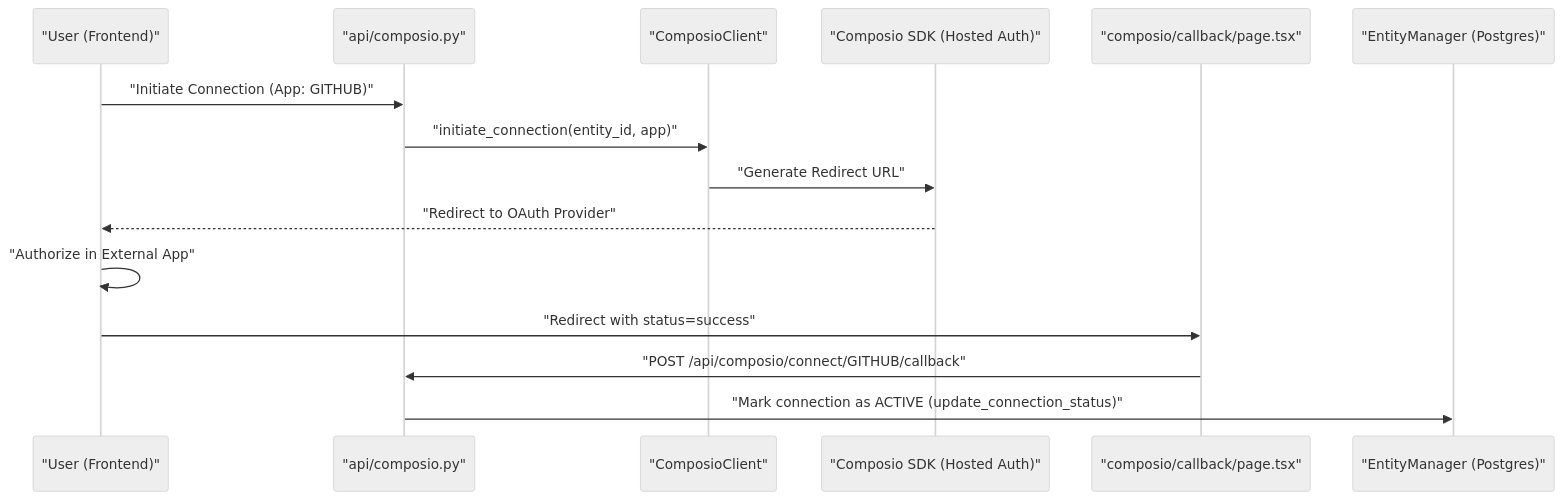
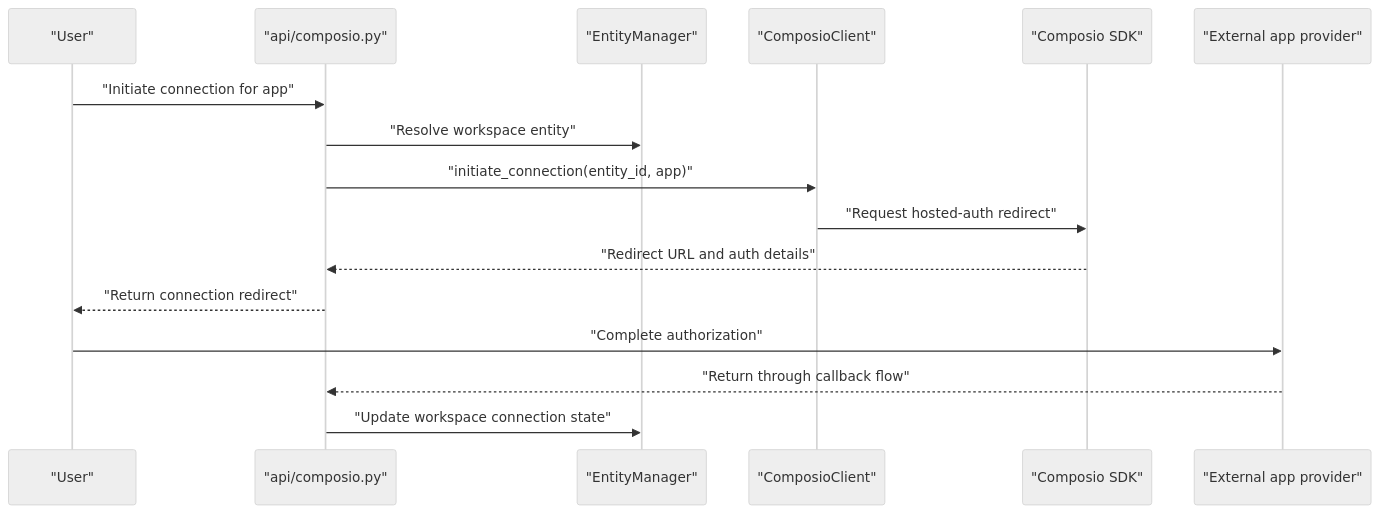
The second of 3 diagrams in docs/tools-integrations/composio-integration.md (AutomatosAI/automatos-ai), drawn with Mermaid (neutral theme) before and after one commit. The commit also changed other lines of this file and 188 other files, not shown here.

First line of the commit message:
docs: refresh architecture docs and add coverage for new subsystems (#1416)

````diff
--- a/docs/tools-integrations/composio-integration.md
+++ b/docs/tools-integrations/composio-integration.md
@@ -148,18 +124,19 @@
 ```mermaid
 sequenceDiagram
-    participant User as "User (Frontend)"
+    participant User as "User"
     participant API as "api/composio.py"
+    participant EntityManager as "EntityManager"
     participant Client as "ComposioClient"
-    participant SDK as "Composio SDK (Hosted Auth)"
-    participant Callback as "composio/callback/page.tsx"
-    participant DB as "EntityManager (Postgres)"
+    participant SDK as "Composio SDK"
+    participant Provider as "External app provider"
 
-    User->>API: "Initiate Connection (App: GITHUB)"
+    User->>API: "Initiate connection for app"
+    API->>EntityManager: "Resolve workspace entity"
     API->>Client: "initiate_connection(entity_id, app)"
-    Client->>SDK: "Generate Redirect URL"
-    SDK-->>User: "Redirect to OAuth Provider"
-    User->>User: "Authorize in External App"
-    User->>Callback: "Redirect with status=success"
-    Callback->>API: "POST /api/composio/connect/GITHUB/callback"
-    API->>DB: "Mark connection as ACTIVE (update_connection_status)"
+    Client->>SDK: "Request hosted-auth redirect"
+    SDK-->>API: "Redirect URL and auth details"
+    API-->>User: "Return connection redirect"
+    User->>Provider: "Complete authorization"
+    Provider-->>API: "Return through callback flow"
+    API->>EntityManager: "Update workspace connection state"
 ```
````
